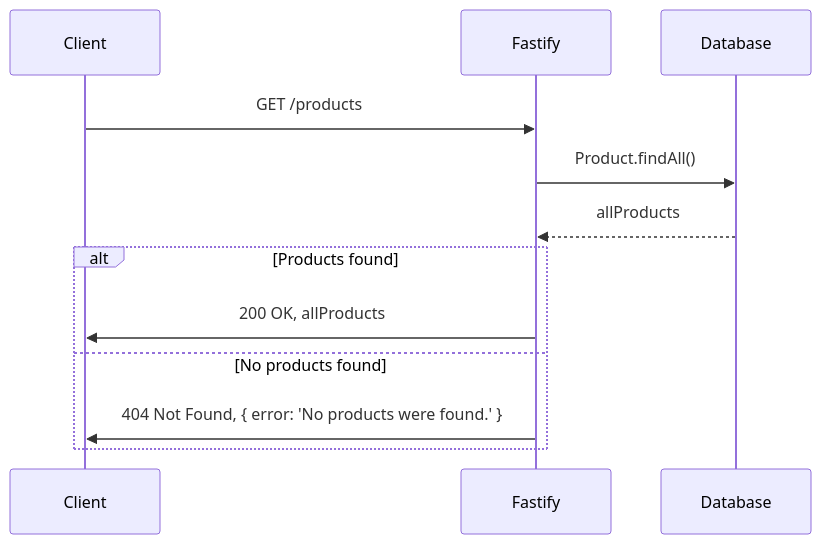
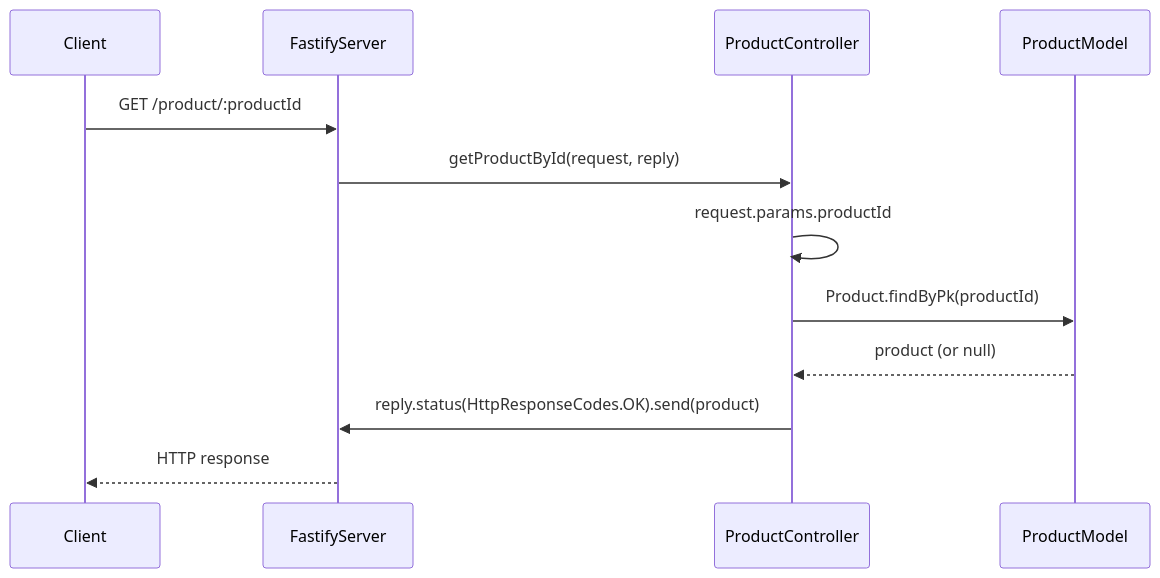
The third of 4 diagrams in src/modules/product/README.md (JohnsonJay/pos), drawn with Mermaid before and after one commit. The commit also changed other lines of this file, not shown here.

Commit message:
sequence diagrams for products module

````diff
--- a/src/modules/product/README.md
+++ b/src/modules/product/README.md
@@ -46,16 +37,15 @@
 ```mermaid
 sequenceDiagram
     participant Client
-    participant Fastify
-    participant Database
+    participant FastifyServer
+    participant ProductController
+    participant ProductModel
 
-    Client->>Fastify: GET /products
-    Fastify->>Database: Product.findAll()
-    Database-->>Fastify: allProducts
-    alt Products found
-        Fastify->>Client: 200 OK, allProducts
-    else No products found
-        Fastify->>Client: 404 Not Found, { error: 'No products were found.' }
-    end
-
+    Client->>FastifyServer: GET /product/:productId
+    FastifyServer->>ProductController: getProductById(request, reply)
+    ProductController->>ProductController: request.params.productId
+    ProductController->>ProductModel: Product.findByPk(productId)
+    ProductModel-->>ProductController: product (or null)
+    ProductController->>FastifyServer: reply.status(HttpResponseCodes.OK).send(product)
+    FastifyServer-->>Client: HTTP response
 ```
````
